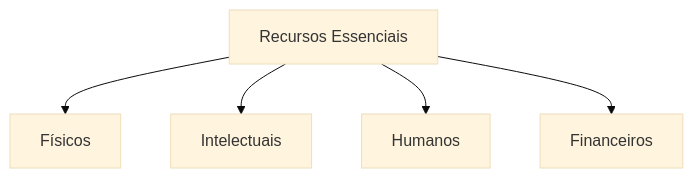
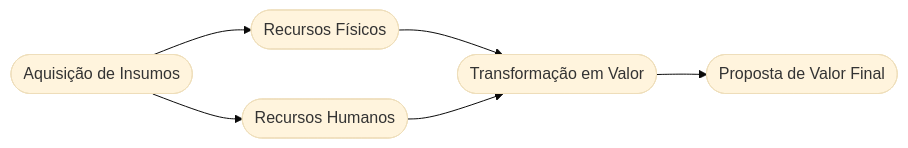
The diagram in docs/slides/src/slide-13.md (ricardotecpro/adm_gestao_dmn), drawn with Mermaid (base theme) before and after one commit. The commit also changed other lines of this file and 171 other files, not shown here.

````diff
--- a/docs/slides/src/slide-13.md
+++ b/docs/slides/src/slide-13.md
@@ -15,7 +61,8 @@
 ```mermaid
-graph TD
-    A["Recursos Essenciais"] --> B["Físicos"]
-    A --> C["Intelectuais"]
-    A --> D["Humanos"]
-    A --> E["Financeiros"]
+graph LR
+    A(["Aquisição de Insumos"]) --> B(["Recursos Físicos"])
+    A --> C(["Recursos Humanos"])
+    B --> D(["Transformação em Valor"])
+    C --> D
+    D --> E(["Proposta de Valor Final"])
 ```
````
